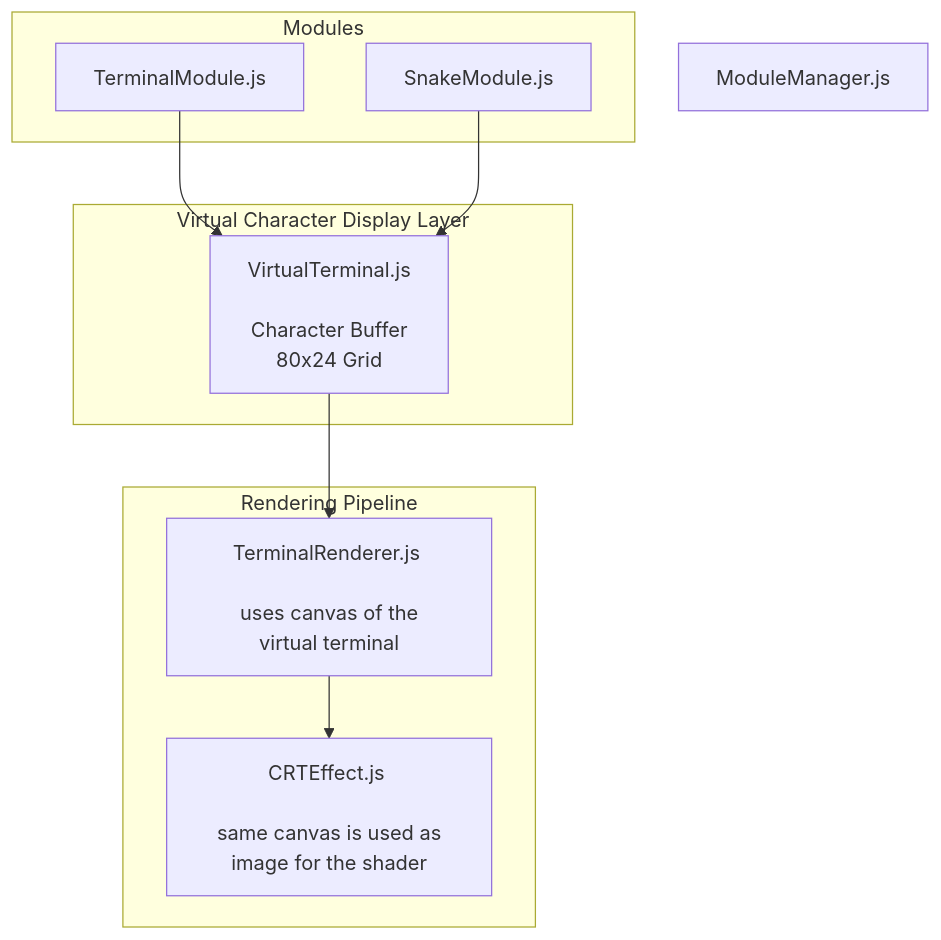
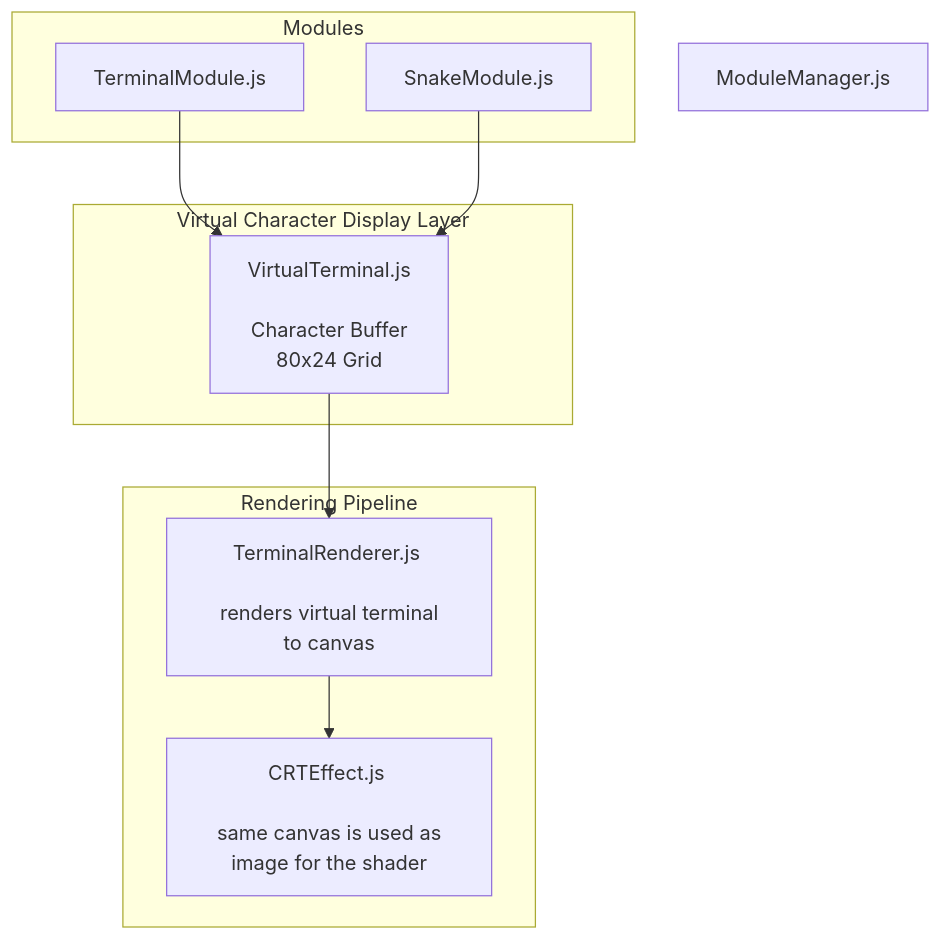
The diagram in readme.md (oasdflkjo/terminal), drawn with Mermaid before and after one commit.

````diff
--- a/readme.md
+++ b/readme.md
@@ -9,21 +9,21 @@
 ```mermaid
     graph TD
     MC[ModuleManager.js]
     subgraph Modules 
         TM[TerminalModule.js]
         SM[SnakeModule.js]
     end
 
     subgraph Virtual Character Display Layer
         VT[VirtualTerminal.js<br/><br/> Character Buffer <br/> 80x24 Grid]
     end
 
     subgraph Rendering Pipeline
-        TR[TerminalRenderer.js <br/><br/> uses canvas of the virtual terminal]
+        TR[TerminalRenderer.js <br/><br/> renders virtual terminal to canvas]
         CRT[CRTEffect.js <br/><br/> same canvas is used as image for the shader]
     end
 
     TM --> VT
     SM --> VT
     VT --> TR --> CRT
 ```
````
